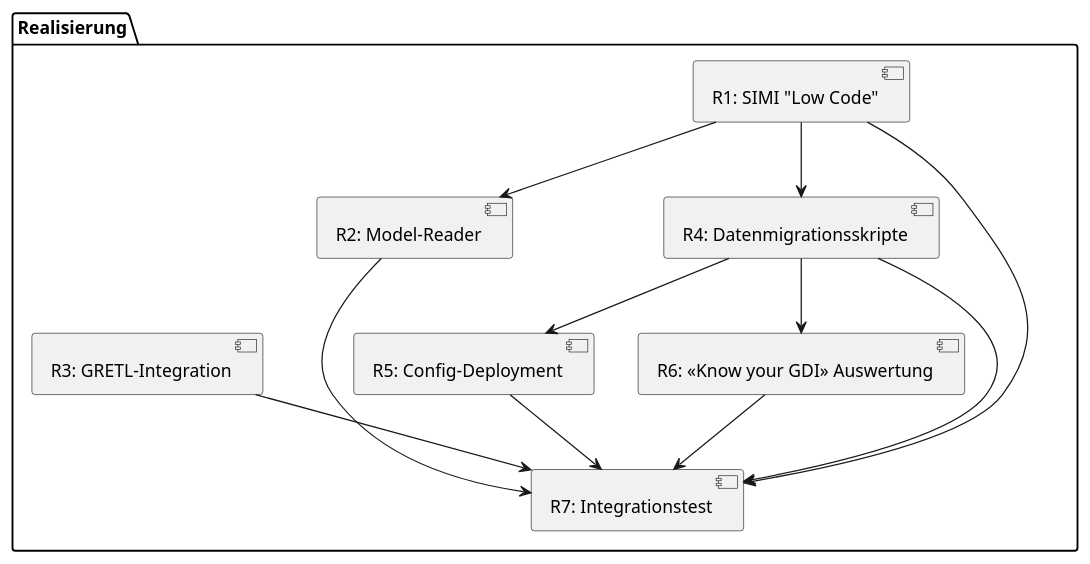
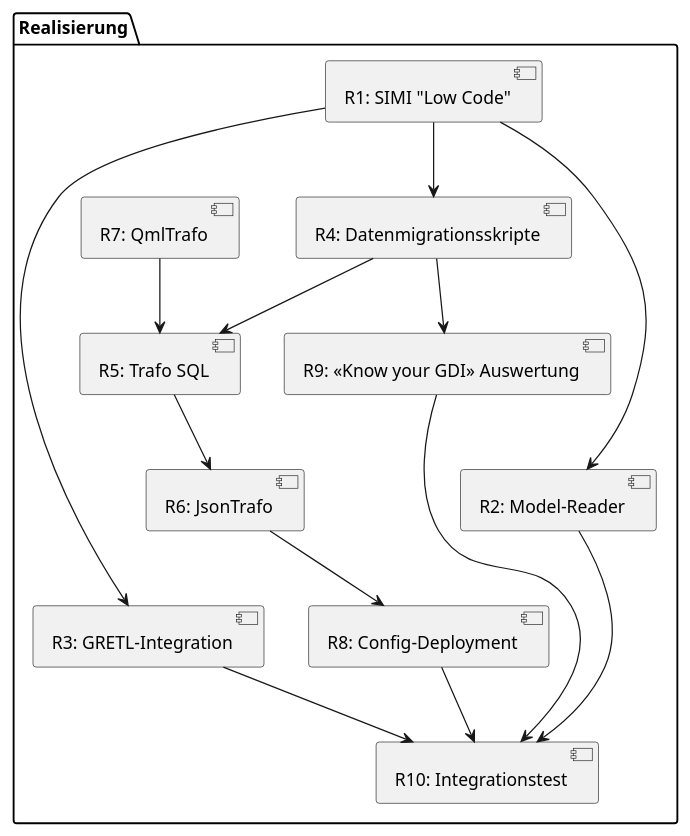
Before and after one commit to sogis/simi: the diagram in prj_dok/puml/src/ap_realisierung.puml, drawn with PlantUML. The commit also changed 1 other file, not shown here.

```diff
--- a/prj_dok/puml/src/ap_realisierung.puml
+++ b/prj_dok/puml/src/ap_realisierung.puml
@@ -1,23 +1,28 @@
 @startuml
 package "Realisierung" {
     [R1: SIMI "Low Code"] as r1
     [R2: Model-Reader] as r2
     [R3: GRETL-Integration] as r3
     [R4: Datenmigrationsskripte] as r4
-    [R5: Config-Deployment] as r5
-    [R6: «Know your GDI» Auswertung] as r6
-    [R7: Integrationstest] as r7
+    [R5: Trafo SQL] as r5
+    [R6: JsonTrafo] as r6
+    [R7: QmlTrafo] as r7
+    [R8: Config-Deployment] as r8
+    [R9: «Know your GDI» Auswertung] as r9
+    [R10: Integrationstest] as r10
 
     r1 --> r2
+    r1 --> r3
     r1 --> r4
     r4 --> r5
-    r4 --> r6
+    r4 --> r9
+    r7 --> r5
+    r5 --> r6
+    r6 --> r8
 
-    r1 --> r7
-    r2 --> r7
-    r3 --> r7
-    r4 --> r7
-    r5 --> r7
-    r6 --> r7
+    r8 --> r10
+    r2 --> r10
+    r3 --> r10
+    r9 --> r10
 }
 @enduml
```
